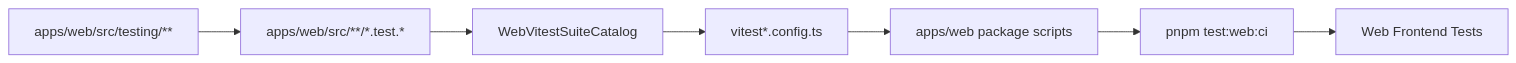
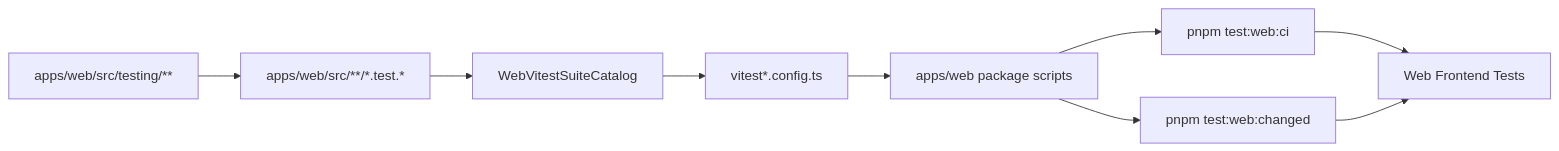
The second of 2 diagrams in docs/architecture/components/web/frontend-test-governance-component.md (dunay2/dvt), drawn with Mermaid before and after one commit. The commit also changed other lines of this file and 9 other files, not shown here.

````diff
--- a/docs/architecture/components/web/frontend-test-governance-component.md
+++ b/docs/architecture/components/web/frontend-test-governance-component.md
@@ -82,9 +89,11 @@
 ```mermaid
 flowchart LR
   Tests["apps/web/src/**/*.test.*"] --> Catalog["WebVitestSuiteCatalog"]
   Catalog --> Configs["vitest*.config.ts"]
   Configs --> Scripts["apps/web package scripts"]
   Scripts --> Root["pnpm test:web:ci"]
+  Scripts --> Changed["pnpm test:web:changed"]
   Root --> CI["Web Frontend Tests"]
+  Changed --> CI
   Support["apps/web/src/testing/**"] --> Tests
 ```
````
